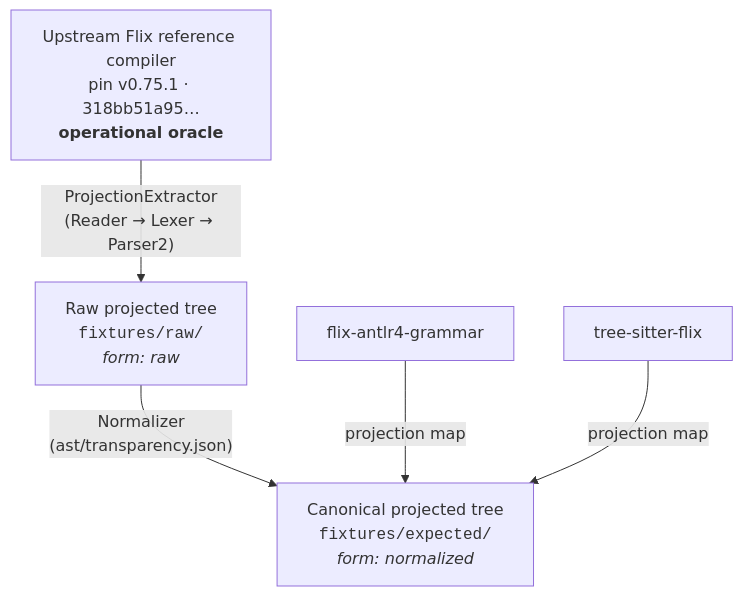
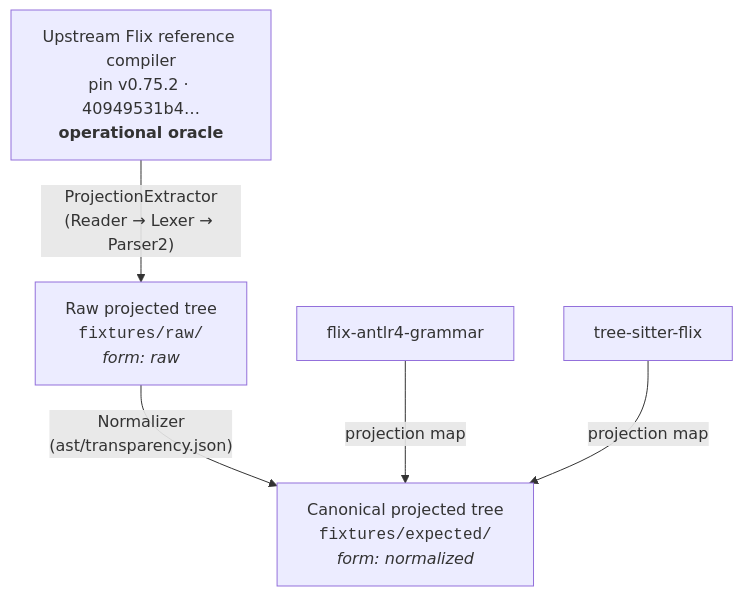
The diagram in docs/PROJECTION.md (wstein/flix-spec), drawn with Mermaid before and after one commit. The commit also changed other lines of this file and 305 other files, not shown here.

First line of the commit message:
feat(oracle)!: migrate to Flix v0.75.2

````diff
--- a/docs/PROJECTION.md
+++ b/docs/PROJECTION.md
@@ -14,13 +14,13 @@
 ```mermaid
 flowchart TD
-    UP["Upstream Flix reference compiler<br/>pin v0.75.1 · 318bb51a95…<br/><b>operational oracle</b>"]
+    UP["Upstream Flix reference compiler<br/>pin v0.75.2 · 40949531b4…<br/><b>operational oracle</b>"]
     RAW["Raw projected tree<br/><code>fixtures/raw/</code><br/><i>form: raw</i>"]
     CANON["Canonical projected tree<br/><code>fixtures/expected/</code><br/><i>form: normalized</i>"]
     C1["flix-antlr4-grammar"]
     C2["tree-sitter-flix"]
 
     UP -->|"ProjectionExtractor<br/>(Reader → Lexer → Parser2)"| RAW
     RAW -->|"Normalizer<br/>(ast/transparency.json)"| CANON
     C1 -->|"projection map"| CANON
     C2 -->|"projection map"| CANON
 ```
````
